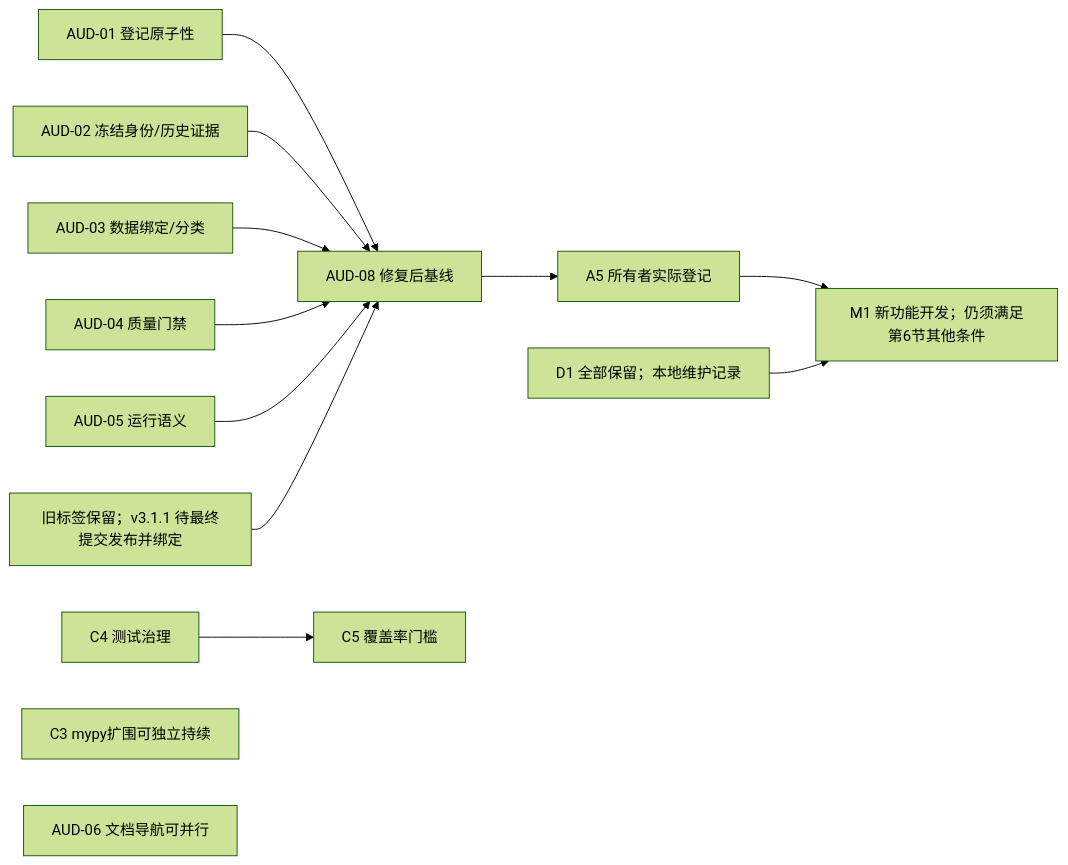
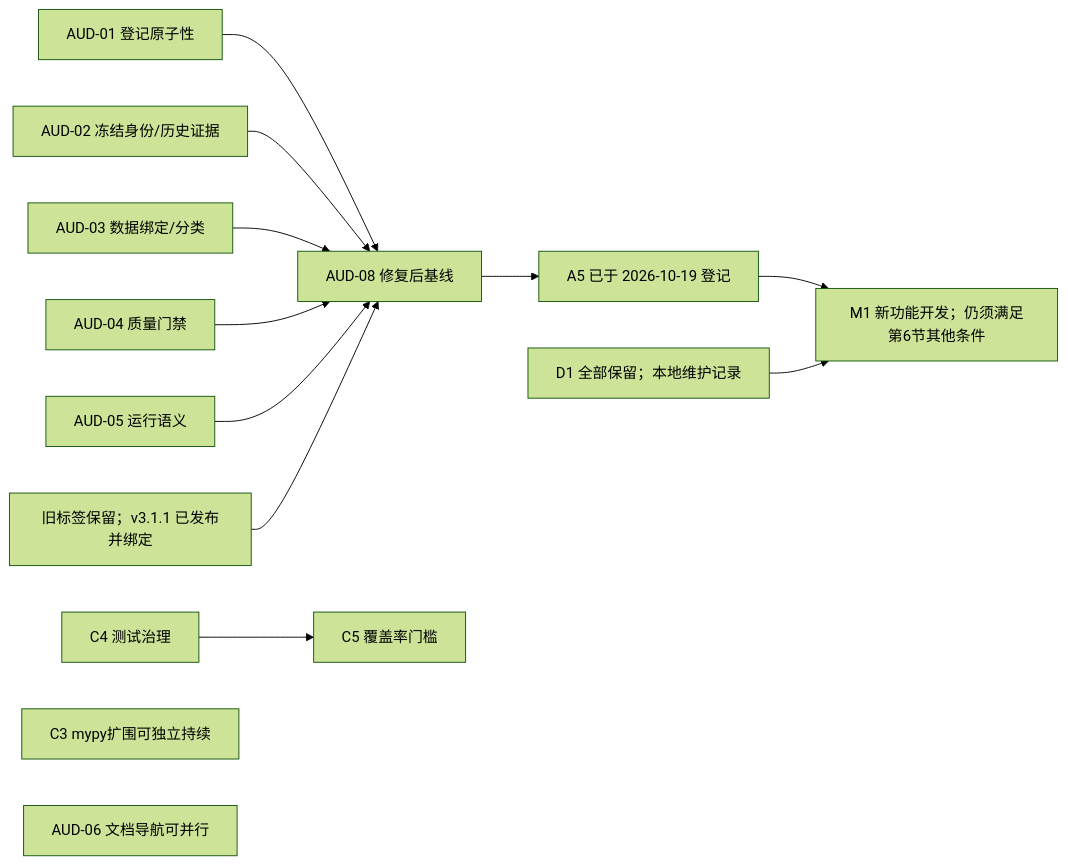
One commit to user-nmmmmm/QuantTradingV2 changed the diagram in docs/infrastructure_roadmap.md. Above: the diagram before and after it, drawn with Mermaid (forest theme). The commit also changed other lines of this file, not shown here.

First line of the commit message:
docs: mark A5 done in infrastructure roadmap

````diff
--- a/docs/infrastructure_roadmap.md
+++ b/docs/infrastructure_roadmap.md
@@ -154,15 +155,15 @@
 ```mermaid
 flowchart LR
   A1["AUD-01 登记原子性"] --> V["AUD-08 修复后基线"]
   A2["AUD-02 冻结身份/历史证据"] --> V
   A3["AUD-03 数据绑定/分类"] --> V
   A4["AUD-04 质量门禁"] --> V
   A5["AUD-05 运行语义"] --> V
-  TAG["旧标签保留；v3.1.1 待最终提交发布并绑定"] --> V
-  V --> REG["A5 所有者实际登记"]
+  TAG["旧标签保留；v3.1.1 已发布并绑定"] --> V
+  V --> REG["A5 已于 2026-10-19 登记"]
   REG --> M1["M1 新功能开发；仍须满足第6节其他条件"]
   D1["D1 全部保留；本地维护记录"] --> M1
   C4["C4 测试治理"] --> C5["C5 覆盖率门槛"]
   C3["C3 mypy扩围可独立持续"]
   DOC["AUD-06 文档导航可并行"]
 ```
````
